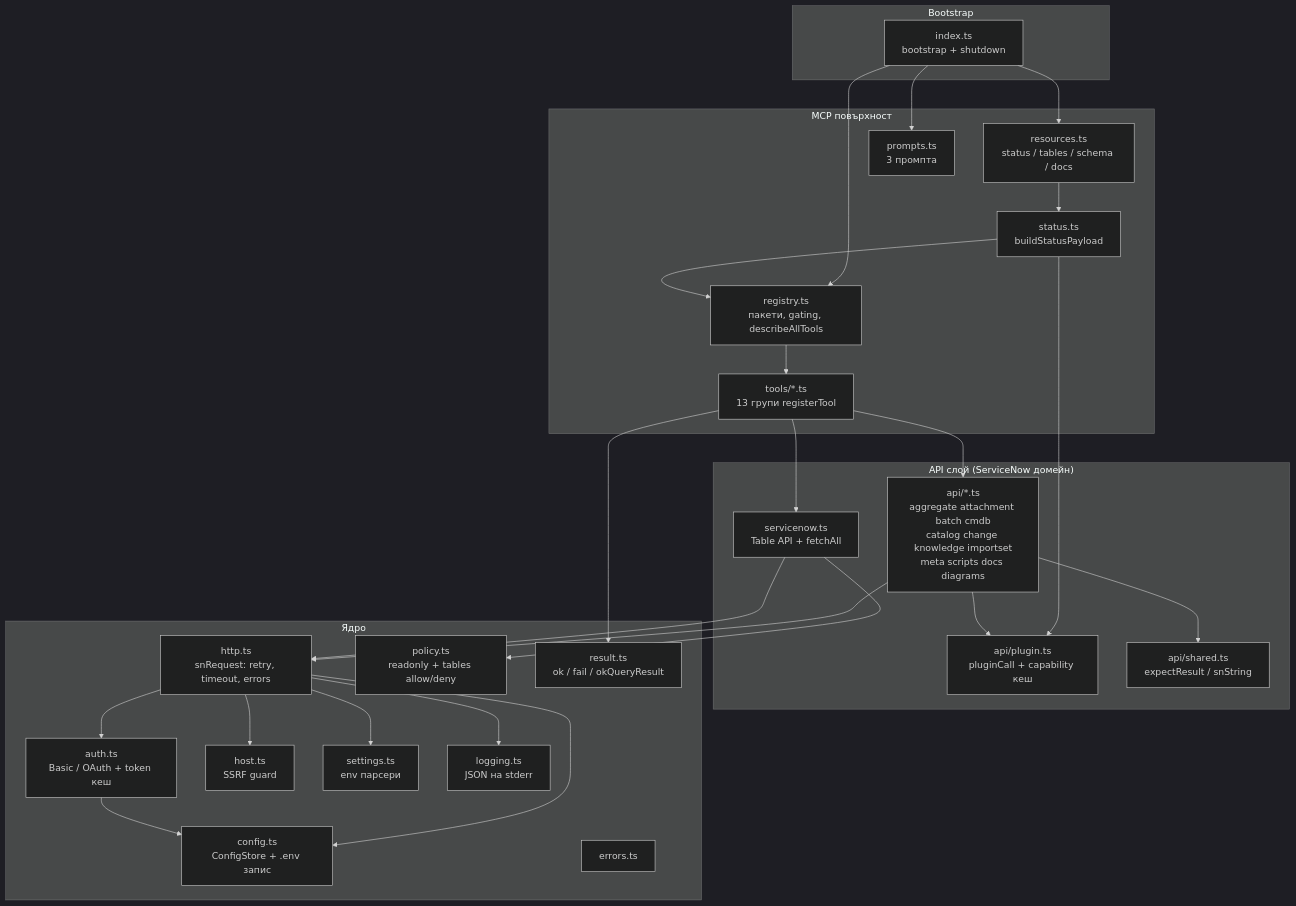
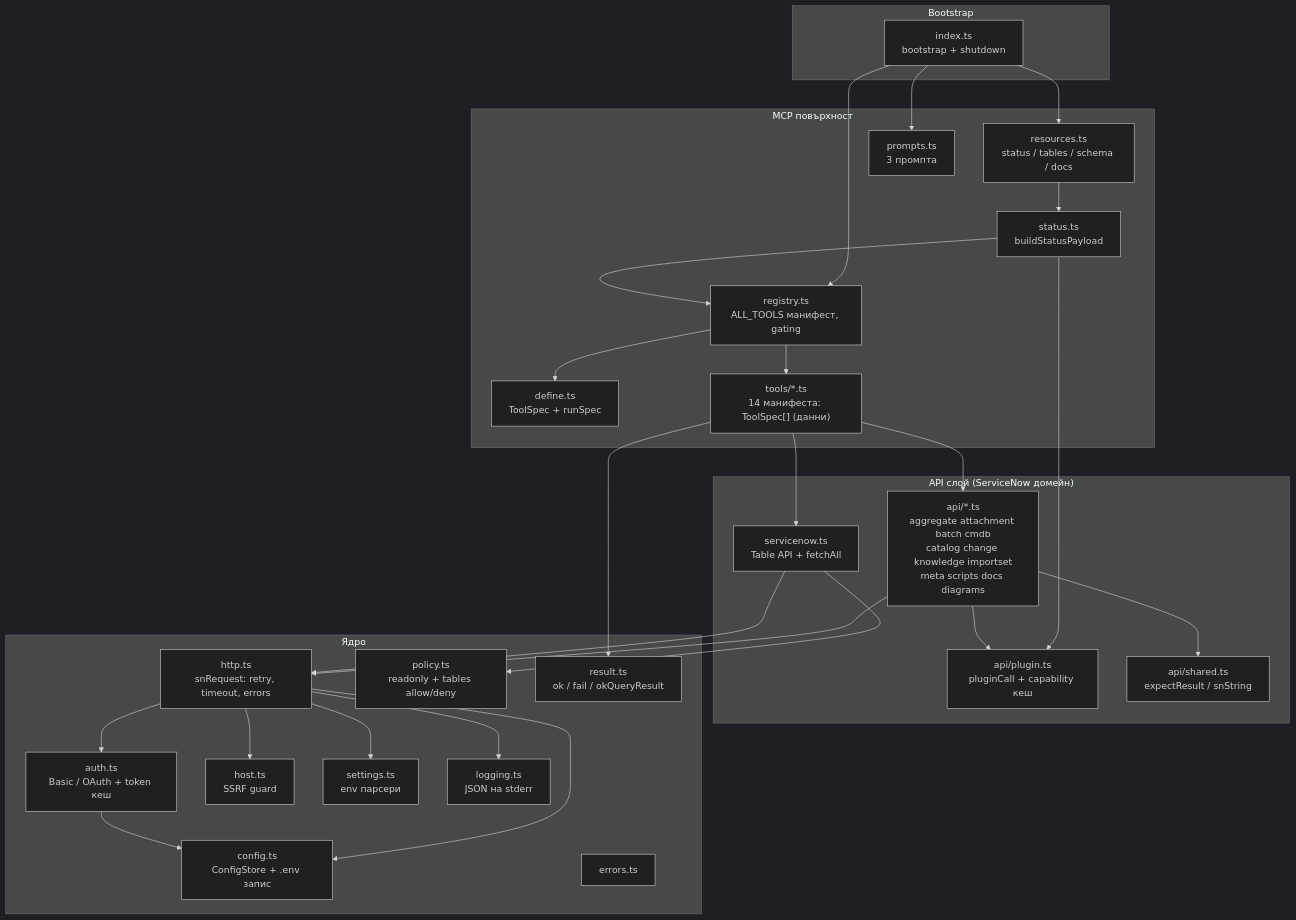
One commit to IvanBBaev/servicenow-mcp-ai changed the first of 5 diagrams in ARCHITECTURE.md. Above: the diagram before and after it, drawn with Mermaid (dark theme). The commit also changed other lines of this file and 5 other files, not shown here.

First line of the commit message:
docs: Phase 6 complete — plan/DONE/WORKLOG/STATE/ARCHITECTURE/CHANGELOG

````diff
--- a/ARCHITECTURE.md
+++ b/ARCHITECTURE.md
@@ -19,52 +19,54 @@
 ```mermaid
 graph TD
     subgraph Bootstrap
         IDX["index.ts<br/>bootstrap + shutdown"]
     end
     subgraph MCP["MCP повърхност"]
-        REG["registry.ts<br/>пакети, gating, describeAllTools"]
-        TOOLS["tools/*.ts<br/>13 групи registerTool"]
+        REG["registry.ts<br/>ALL_TOOLS манифест, gating"]
+        DEF["define.ts<br/>ToolSpec + runSpec"]
+        TOOLS["tools/*.ts<br/>14 манифеста: ToolSpec[] (данни)"]
         RES["resources.ts<br/>status / tables / schema / docs"]
         PRM["prompts.ts<br/>3 промпта"]
         STAT["status.ts<br/>buildStatusPayload"]
     end
     subgraph API["API слой (ServiceNow домейн)"]
         SN["servicenow.ts<br/>Table API + fetchAll"]
         APIS["api/*.ts<br/>aggregate attachment batch cmdb<br/>catalog change knowledge importset<br/>meta scripts docs diagrams"]
         PLG["api/plugin.ts<br/>pluginCall + capability кеш"]
         SHR["api/shared.ts<br/>expectResult / snString"]
     end
     subgraph CORE["Ядро"]
         HTTP["http.ts<br/>snRequest: retry, timeout, errors"]
         AUTH["auth.ts<br/>Basic / OAuth + token кеш"]
         POL["policy.ts<br/>readonly + tables allow/deny"]
         CFG["config.ts<br/>ConfigStore + .env запис"]
         HOST["host.ts<br/>SSRF guard"]
         SET["settings.ts<br/>env парсери"]
         LOG["logging.ts<br/>JSON на stderr"]
         ERR["errors.ts"]
         RESL["result.ts<br/>ok / fail / okQueryResult"]
     end
 
     IDX --> REG
     IDX --> RES
     IDX --> PRM
+    REG --> DEF
     REG --> TOOLS
     TOOLS --> SN
     TOOLS --> APIS
     TOOLS --> RESL
     RES --> STAT
     STAT --> REG
     STAT --> PLG
     APIS --> PLG
     APIS --> SHR
     APIS --> HTTP
     SN --> HTTP
     SN --> POL
     HTTP --> CFG
     HTTP --> HOST
     HTTP --> AUTH
     HTTP --> SET
     HTTP --> LOG
     AUTH --> CFG
 ```
````
